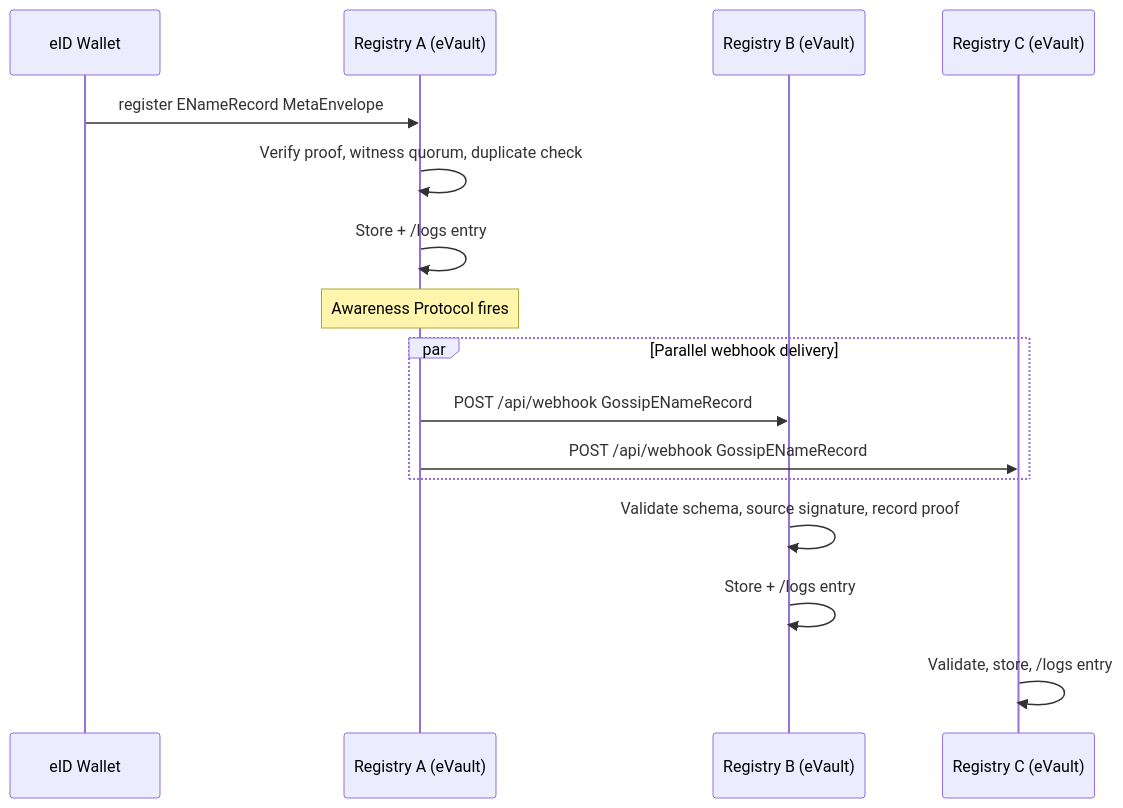
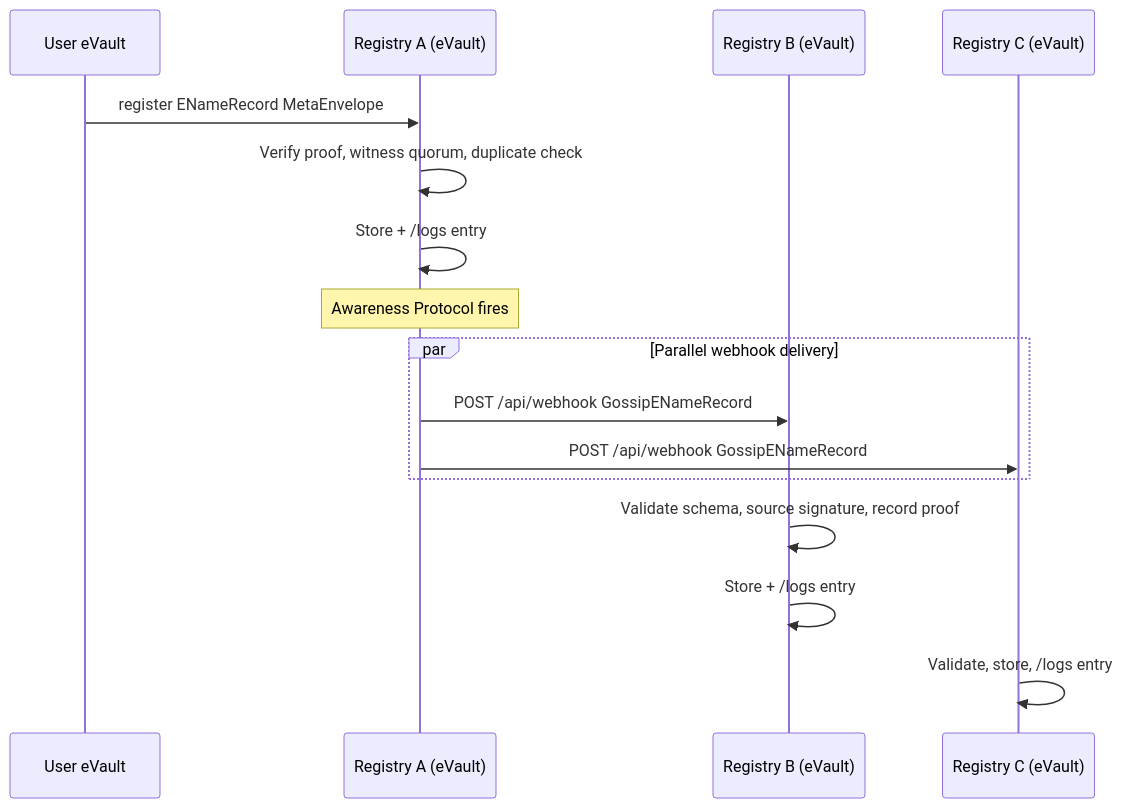
One commit to w3ds-docs/w3ds-docs changed the first of 2 diagrams in content/docs/architecture/decentralised-registry/gossip-protocol.md. Above: the diagram before and after it, drawn with Mermaid. The commit also changed other lines of this file and 2 other files, not shown here.

````diff
--- a/content/docs/architecture/decentralised-registry/gossip-protocol.md
+++ b/content/docs/architecture/decentralised-registry/gossip-protocol.md
@@ -112,18 +112,18 @@
 ```mermaid
 sequenceDiagram
-    participant Wallet as eID Wallet
+    participant EV as User eVault
     participant RA as Registry A (eVault)
     participant RB as Registry B (eVault)
     participant RC as Registry C (eVault)
-    Wallet->>RA: register ENameRecord MetaEnvelope
+    EV->>RA: register ENameRecord MetaEnvelope
     RA->>RA: Verify proof, witness quorum, duplicate check
     RA->>RA: Store + /logs entry
     Note over RA: Awareness Protocol fires
     par Parallel webhook delivery
         RA->>RB: POST /api/webhook  GossipENameRecord
         RA->>RC: POST /api/webhook  GossipENameRecord
     end
     RB->>RB: Validate schema, source signature, record proof
     RB->>RB: Store + /logs entry
     RC->>RC: Validate, store, /logs entry
 ```
````
